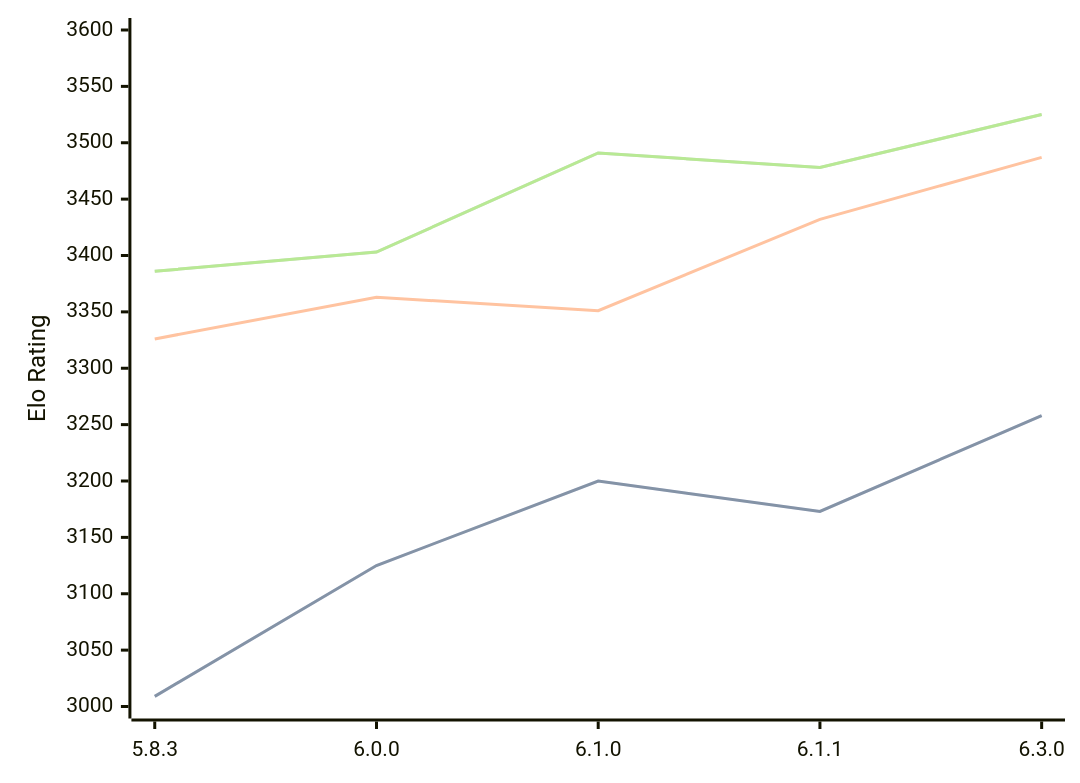
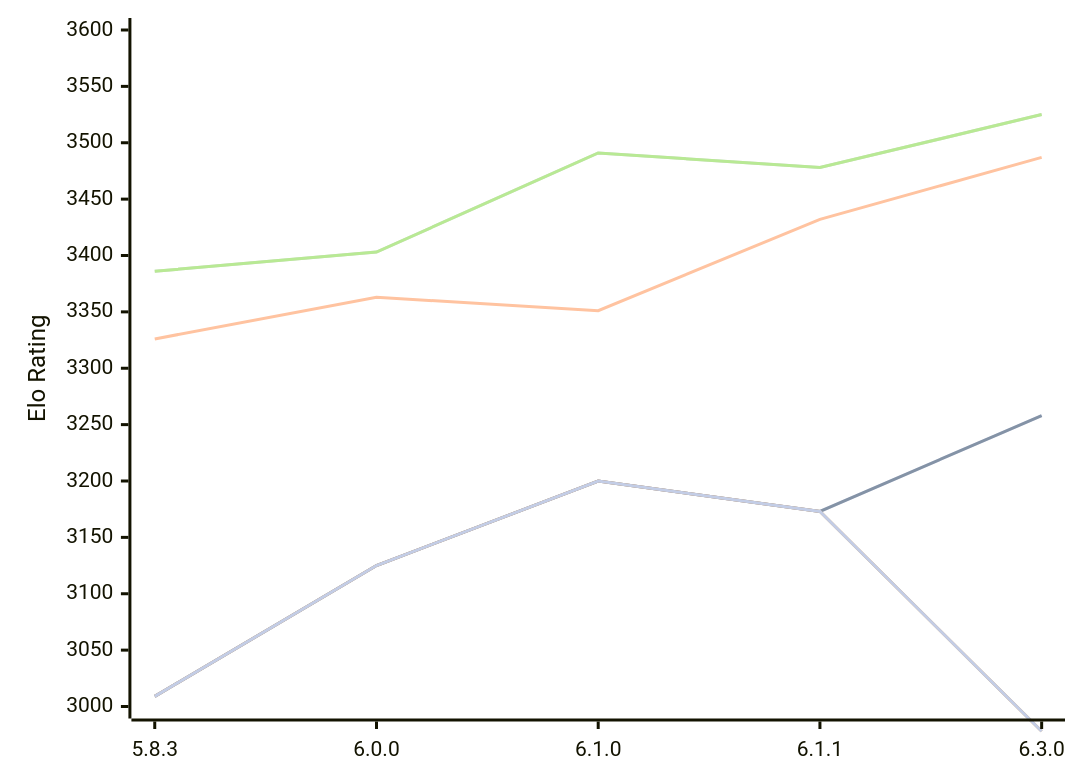
The diagram in engines/Zigqueen.md (computer-chess-index/cci), drawn with Mermaid before and after one commit. The commit also changed other lines of this file, not shown here.

Commit message:
Update CCI Ratings (ELO VLTC) - 2026-10-11

````diff
--- a/engines/Zigqueen.md
+++ b/engines/Zigqueen.md
@@ -51,16 +51,13 @@
 ```mermaid
 %%{init: {"theme":"base","themeVariables":{"seriesColors:['#a3a3a3','#222221','#faa371']}}}%%
 xychart-beta
   x-axis ["5.8.3", "6.0.0", "6.1.0", "6.1.1", "6.3.0"]
   y-axis "Elo Rating" 3000 --> 3600
   line "" [3009, 3125, 3200, 3173, 3258]
   line "T1: STC (8.0+0.08s)" [3009, 3125, 3200, 3173, 3258]
   line "T1: LTC (60.0+0.60s)" [3326, 3363, 3351, 3432, 3487]
   line "" [3386, 3403, 3491, 3478, 3525]
   line "T1: VLTC (2m24s+1.12s)" [3386, 3403, 3491, 3478, 3525]
-  line "" [2967]
-  line "E1: STC (8.0+0.08s)" [2967]
-  line "E1: LTC (60.0+0.60s)" [3333]
-  line "" [3376]
-  line "E1: VLTC (2m24s+1.12s)" [3376]
+  line "" [3009, 3125, 3200, 3173,2978]
+  line "E1: STC (8.0+0.08s)" [3009, 3125, 3200, 3173,2978]
 ```
````
